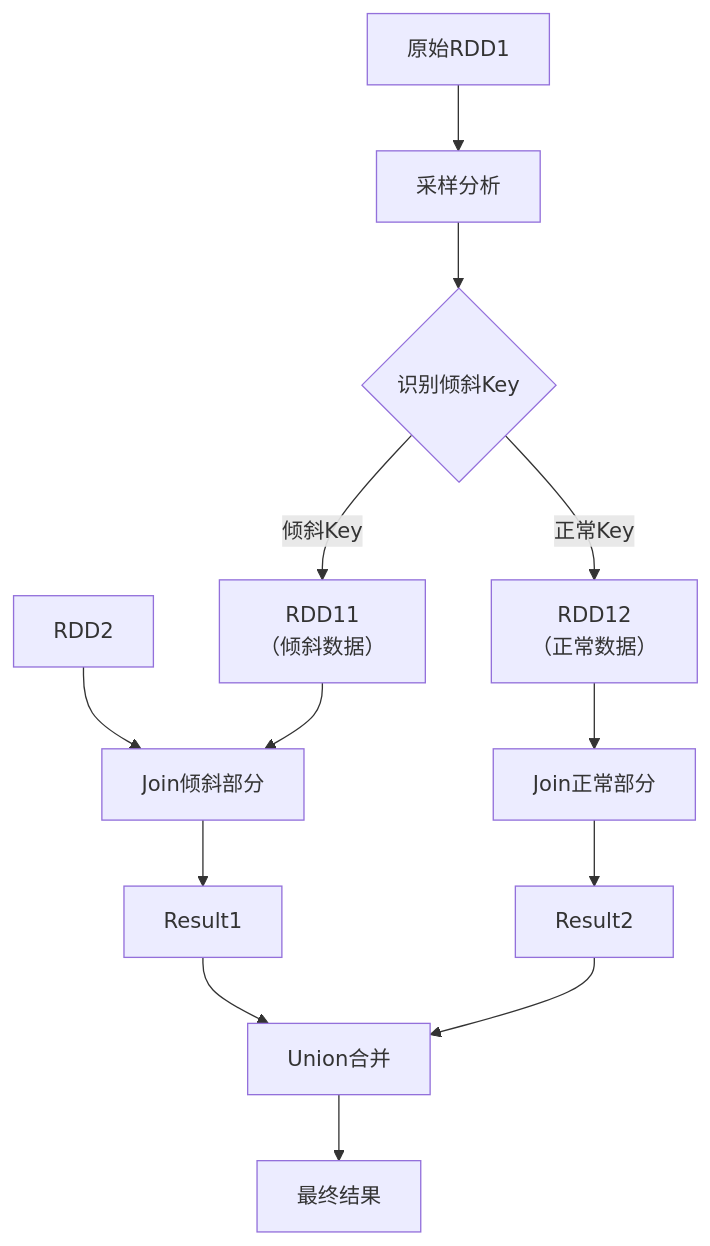
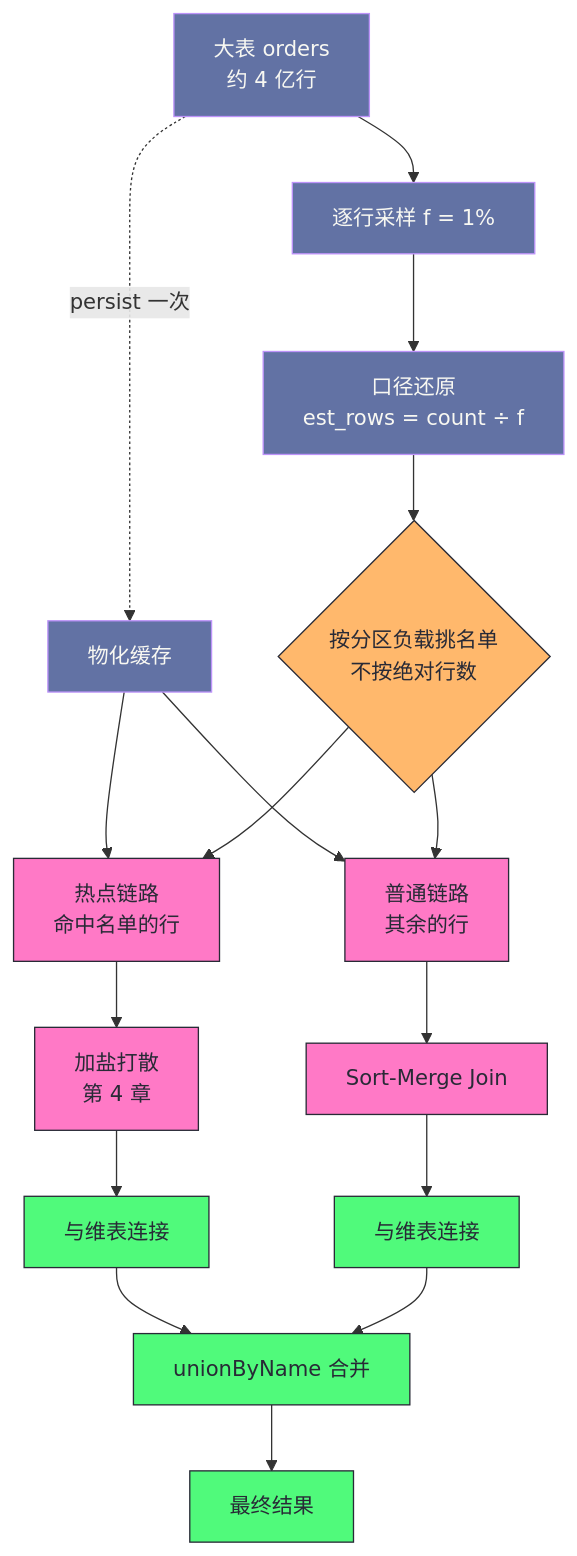
Before and after one commit to hpliStartAgain/my-brain: the third of 5 diagrams in content/大数据/Spark/读书笔记-spark内核/06_性能调优实战/10. 数据倾斜解决方案_下.md, drawn with Mermaid. The commit also changed other lines of this file and 259 other files, not shown here.

````diff
--- a/content/大数据/Spark/读书笔记-spark内核/06_性能调优实战/10. 数据倾斜解决方案_下.md
+++ b/content/大数据/Spark/读书笔记-spark内核/06_性能调优实战/10. 数据倾斜解决方案_下.md
@@ -127,18 +344,27 @@
 ```mermaid
+%%{init: {'theme': 'dracula'}}%%
 flowchart TD
-    A["原始RDD1"] --> B["采样分析"]
-    B --> C{"识别倾斜Key"}
-    C -->|"倾斜Key"| D["RDD11<br/>（倾斜数据）"]
-    C -->|"正常Key"| E["RDD12<br/>（正常数据）"]
-    
-    F["RDD2"] --> G
-    D --> G["Join倾斜部分"]
-    E --> H["Join正常部分"]
-    
-    G --> I["Result1"]
-    H --> J["Result2"]
-    
-    I --> K["Union合并"]
-    J --> K
-    K --> L["最终结果"]
+    A["大表 orders<br/>约 4 亿行"] --> S["逐行采样 f = 1%"]
+    S --> E["口径还原<br/>est_rows = count ÷ f"]
+    E --> C{"按分区负载挑名单<br/>不按绝对行数"}
+    A -. "persist 一次" .-> P["物化缓存"]
+    P --> H["热点链路<br/>命中名单的行"]
+    P --> N["普通链路<br/>其余的行"]
+    C --> H
+    C --> N
+    H --> H1["加盐打散<br/>第 4 章"]
+    H1 --> H2["与维表连接"]
+    N --> N1["Sort-Merge Join"]
+    N1 --> N2["与维表连接"]
+    H2 --> U["unionByName 合并"]
+    N2 --> U
+    U --> R["最终结果"]
+    classDef cost fill:#ff79c6,stroke:#282a36,color:#282a36
+    classDef ask fill:#ffb86c,stroke:#282a36,color:#282a36
+    classDef flow fill:#6272a4,stroke:#bd93f9,color:#f8f8f2
+    classDef ok fill:#50fa7b,stroke:#282a36,color:#282a36
+    class A,S,E,P flow
+    class C ask
+    class H,H1,N,N1 cost
+    class H2,N2,U,R ok
 ```
````
